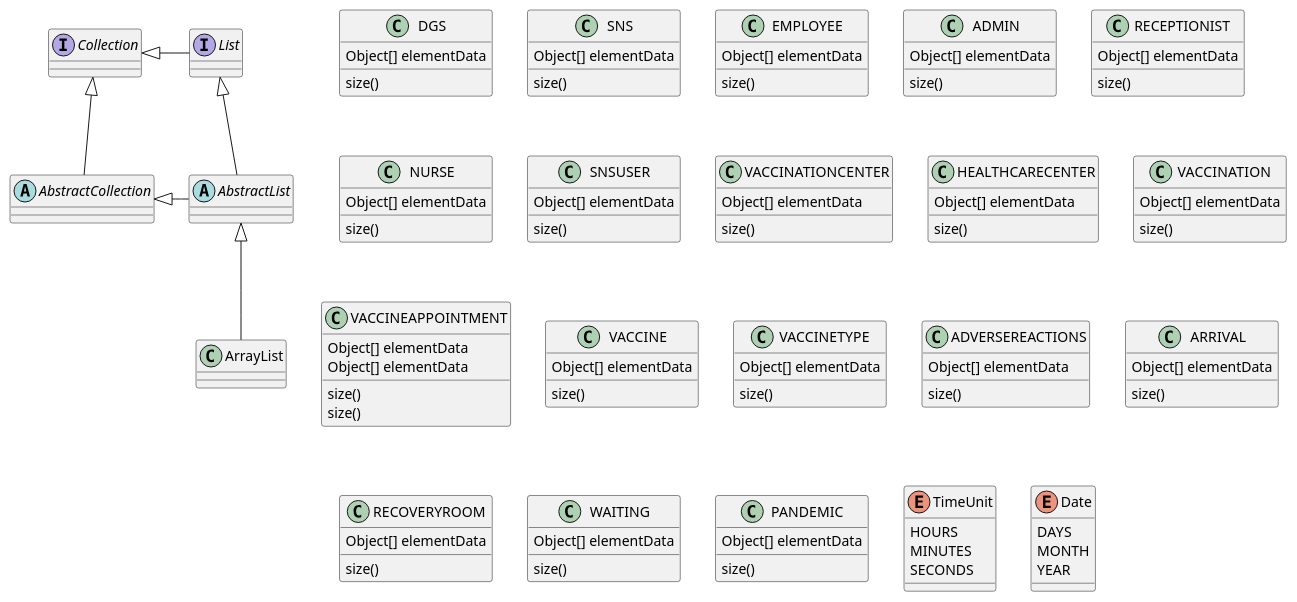
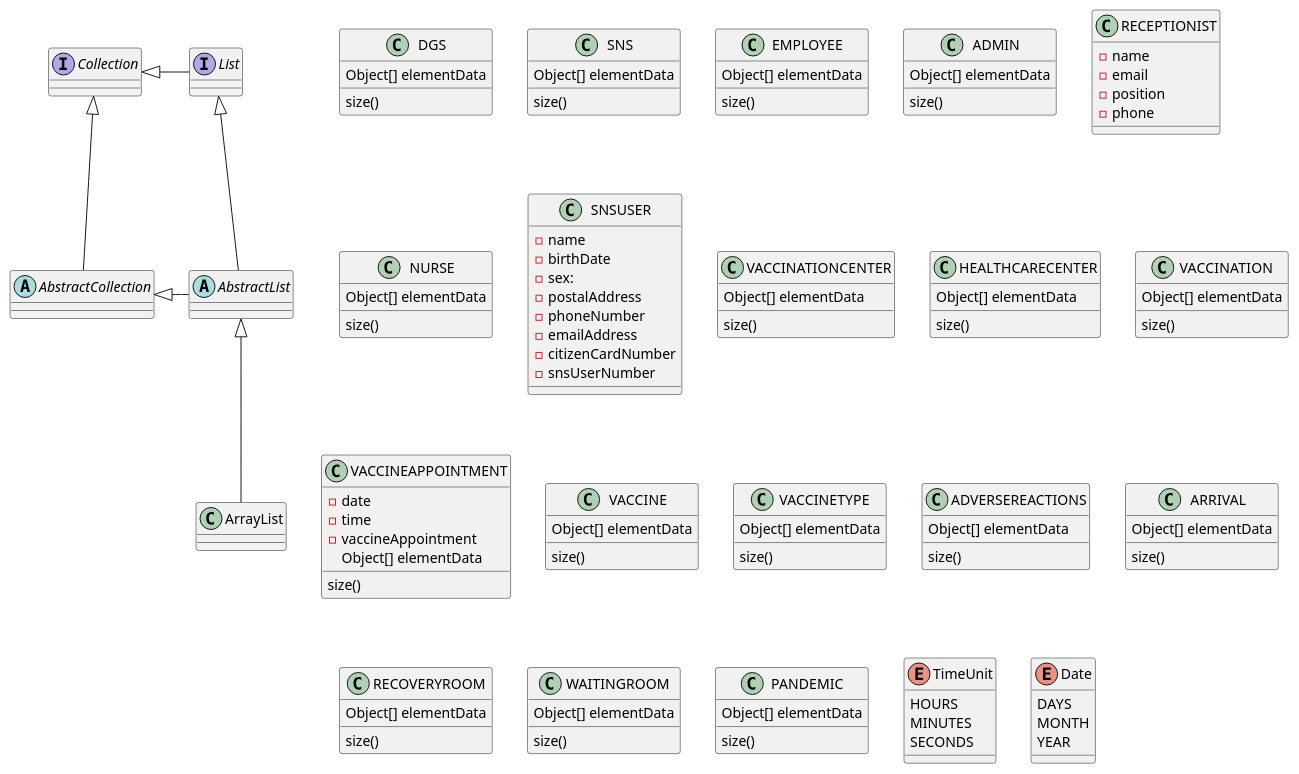
One commit to veracunha12/BaseDadosDomain changed the diagram in src/main/puml/DomainBase/dados.puml. Above: the diagram before and after it, drawn with PlantUML. The commit also changed 1 other file, not shown here.

```diff
--- a/src/main/puml/DomainBase/dados.puml
+++ b/src/main/puml/DomainBase/dados.puml
@@ -1,105 +1,114 @@
 @startuml
 'https://plantuml.com/class-diagram
 
 abstract class AbstractList
 abstract AbstractCollection
 interface List
 interface Collection
 
 List <|-- AbstractList
 Collection <|-- AbstractCollection
 
 Collection <|- List
 AbstractCollection <|- AbstractList
 AbstractList <|-- ArrayList
 
 class DGS {
 Object[] elementData
 size()
 }
 
 class SNS {
 Object[] elementData
 size()
 }
 class EMPLOYEE {
 Object[] elementData
 size()
 }
 class ADMIN {
 Object[] elementData
 size()
 }
 class RECEPTIONIST {
-Object[] elementData
-size()
+ - name
+ - email
+ - position
+ - phone
 }
 class NURSE {
 Object[] elementData
 size()
 }
 class SNSUSER {
-Object[] elementData
-size()
+- name
+- birthDate
+- sex:
+- postalAddress
+- phoneNumber
+- emailAddress
+- citizenCardNumber
+- snsUserNumber
 }
 class VACCINATIONCENTER {
 Object[] elementData
 size()
 }
 class HEALTHCARECENTER {
 Object[] elementData
 size()
 }
 class VACCINATION {
 Object[] elementData
 size()
 }
 class VACCINEAPPOINTMENT {
-Object[] elementData
-size()
+- date
+- time
+- vaccineAppointment
 }
 class VACCINE {
 Object[] elementData
 size()
 }
 class VACCINETYPE{
 Object[] elementData
 size()
 }
 class VACCINEAPPOINTMENT {
 Object[] elementData
 size()
 }
 class ADVERSEREACTIONS {
 Object[] elementData
 size()
 }
 class ARRIVAL{
 Object[] elementData
 size()
 }
 class RECOVERYROOM{
 Object[] elementData
 size()
 }
-class WAITING {
+class WAITINGROOM {
 Object[] elementData
 size()
 }
 class PANDEMIC {
 Object[] elementData
 size()
 }
 enum TimeUnit {
 HOURS
 MINUTES
 SECONDS
 }
 
 enum Date {
 DAYS
 MONTH
 YEAR
 }
 
 @enduml
```
